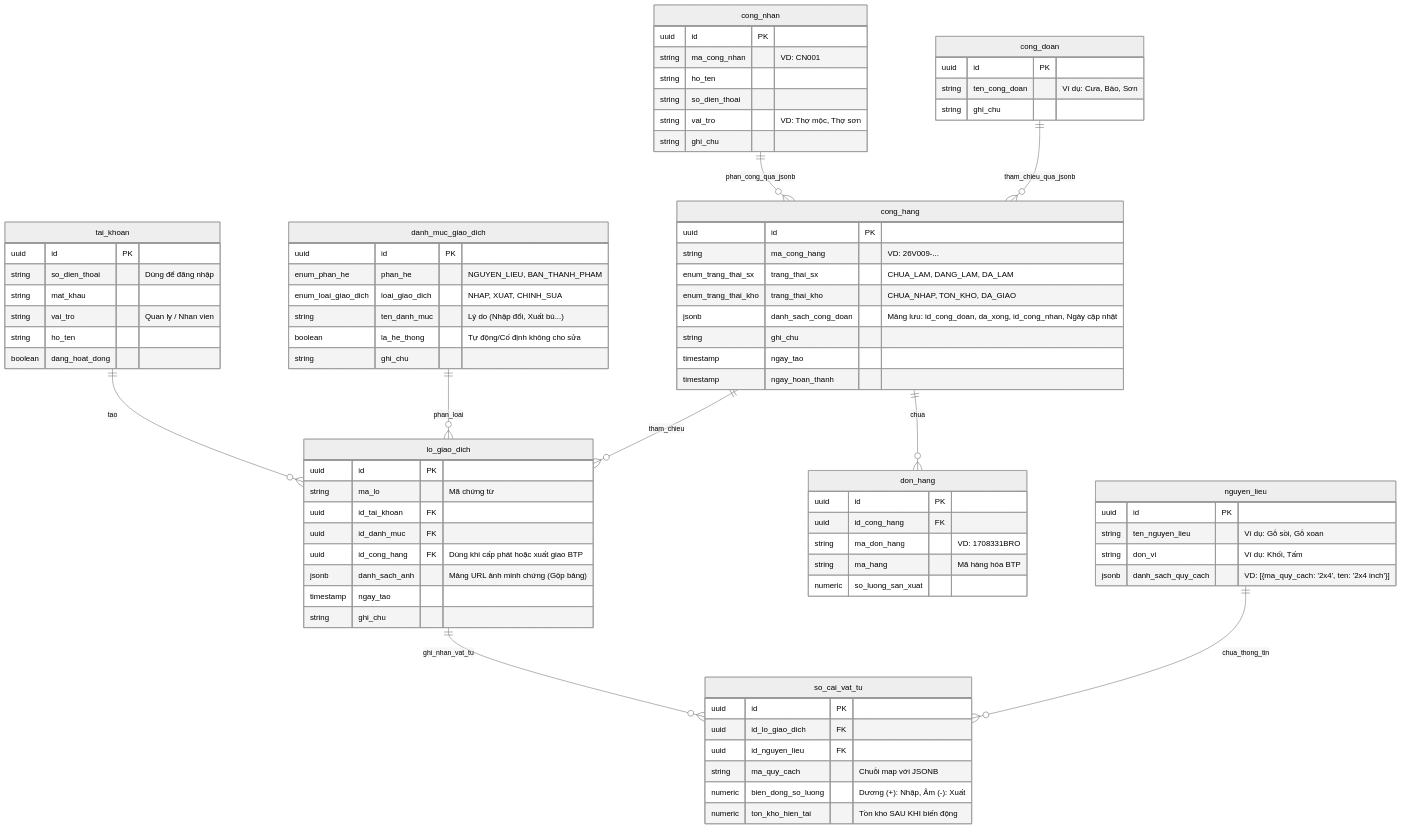
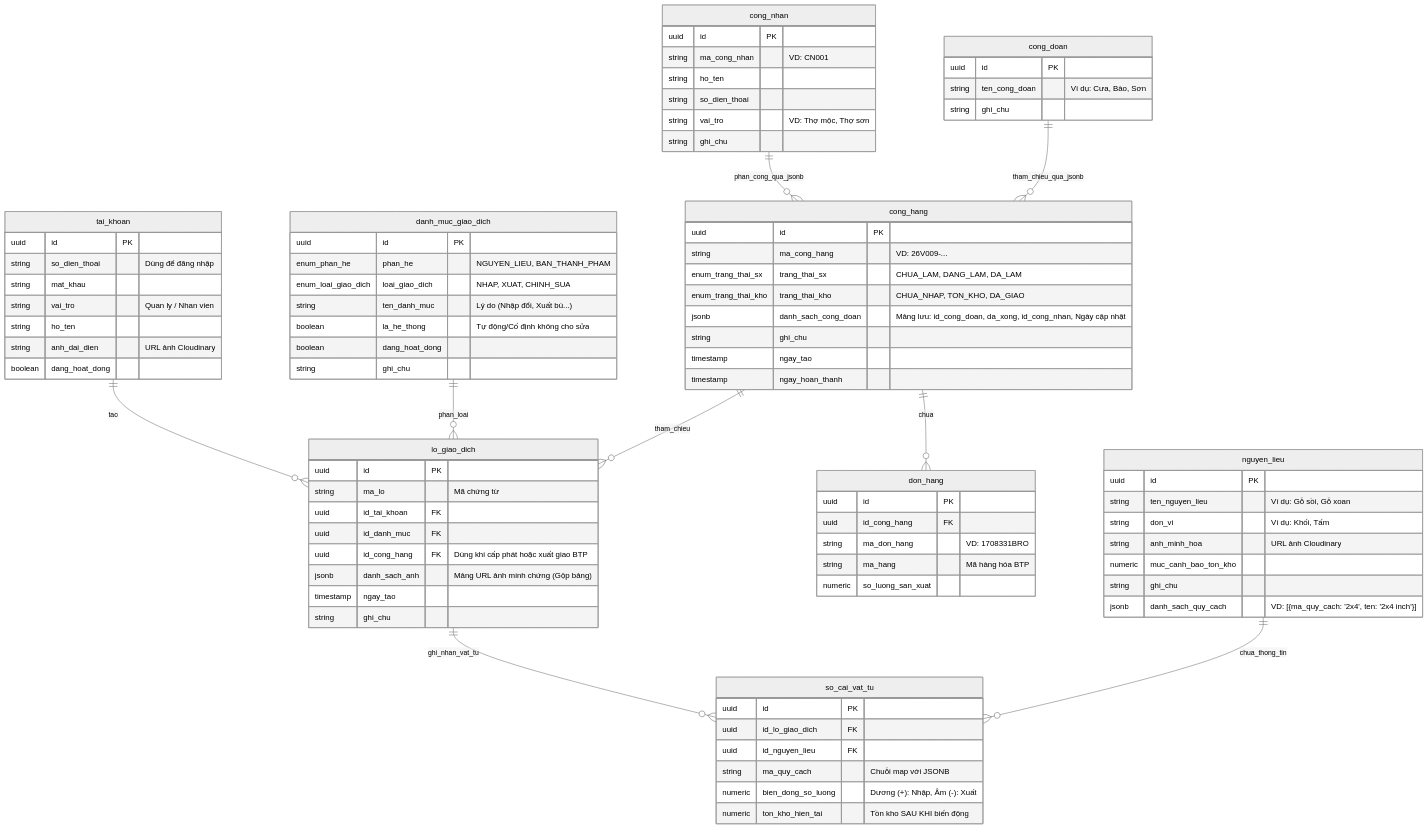
One commit to NMTcoderhihihi/itkeybay changed the diagram in docs/DATABASE_SCHEMA.md. Above: the diagram before and after it, drawn with Mermaid (neutral theme).

Commit message:
docs: Update Mermaid ERD with missing columns from real database

```diff
--- a/docs/DATABASE_SCHEMA.md
+++ b/docs/DATABASE_SCHEMA.md
@@ -20,6 +20,7 @@
         string mat_khau
         string vai_tro "Quan ly / Nhan vien"
         string ho_ten
+        string anh_dai_dien "URL ảnh Cloudinary"
         boolean dang_hoat_dong
     }
 
@@ -30,6 +31,9 @@
         uuid id PK
         string ten_nguyen_lieu "Ví dụ: Gỗ sồi, Gỗ xoan"
         string don_vi "Ví dụ: Khối, Tấm"
+        string anh_minh_hoa "URL ảnh Cloudinary"
+        numeric muc_canh_bao_ton_kho
+        string ghi_chu
         jsonb danh_sach_quy_cach "VD: [{ma_quy_cach: '2x4', ten: '2x4 inch'}]"
     }
 
@@ -84,6 +88,7 @@
         enum_loai_giao_dich loai_giao_dich "NHAP, XUAT, CHINH_SUA"
         string ten_danh_muc "Lý do (Nhập đổi, Xuất bù...)"
         boolean la_he_thong "Tự động/Cố định không cho sửa"
+        boolean dang_hoat_dong
         string ghi_chu
     }
     %% Lô giao dịch (Chứa mảng JSONB ảnh đính kèm)
```
